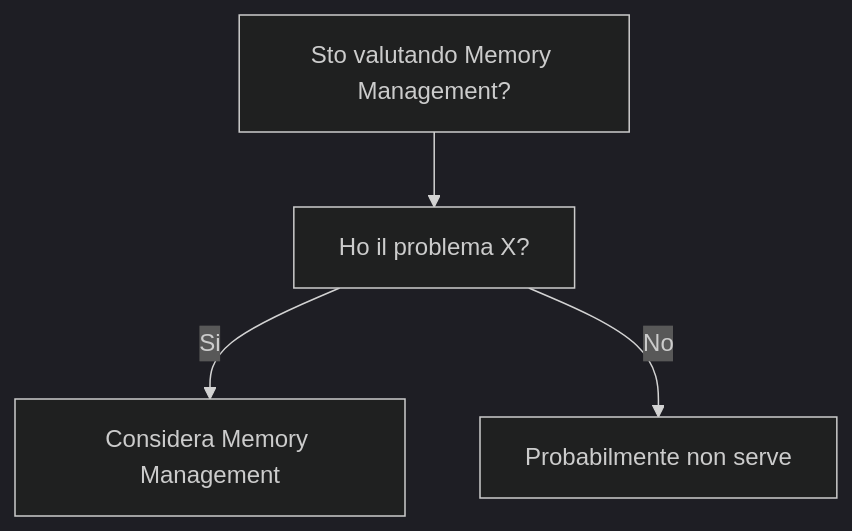
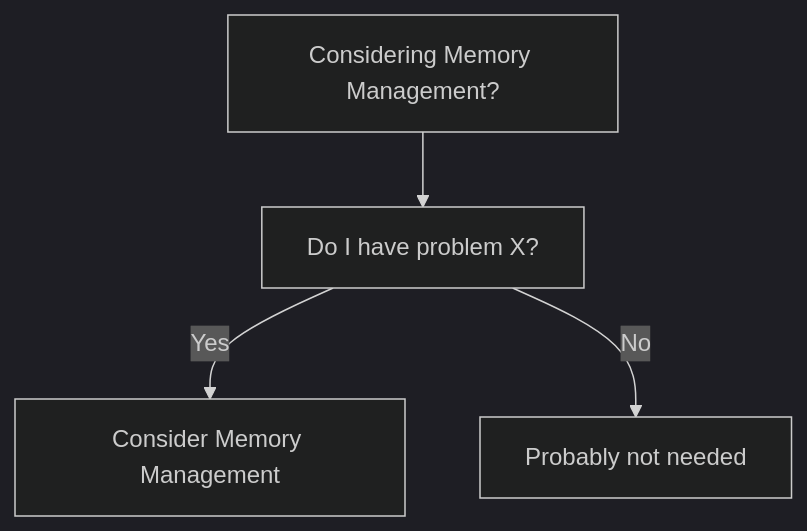
One commit to HxT9/Software-Dev-Wiki changed the diagram in dev-wiki/14_Languages/C/Memory_Management/When_To_Use.md. Above: the diagram before and after it, drawn with Mermaid (dark theme). The commit also changed other lines of this file and 3444 other files, not shown here.

````diff
--- a/dev-wiki/14_Languages/C/Memory_Management/When_To_Use.md
+++ b/dev-wiki/14_Languages/C/Memory_Management/When_To_Use.md
@@ -19,6 +19,6 @@
 ```mermaid
 flowchart TD
-  Q[Sto valutando Memory Management?] --> Q1[Ho il problema X?]
-  Q1 -->|Si| OK[Considera Memory Management]
-  Q1 -->|No| NO[Probabilmente non serve]
+  Q[Considering Memory Management?] --> Q1[Do I have problem X?]
+  Q1 -->|Yes| OK[Consider Memory Management]
+  Q1 -->|No| NO[Probably not needed]
 ```
````
